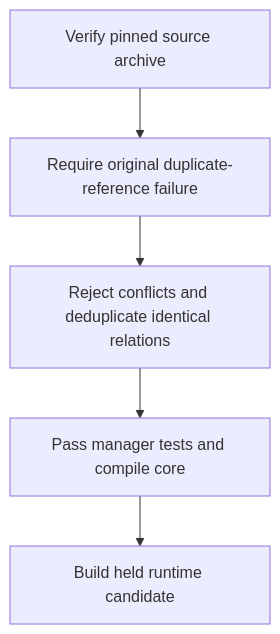
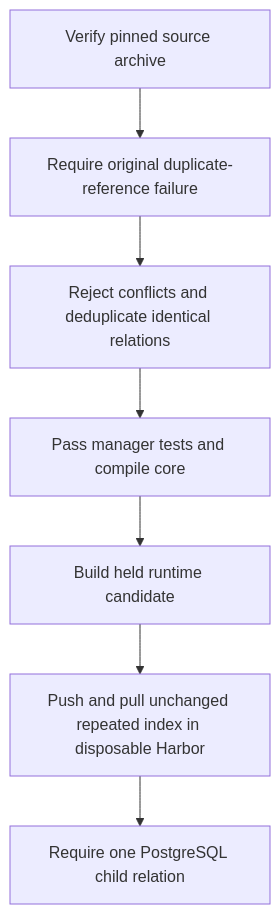
The diagram in openwiki/operations/harbor-oci.md (Stuhlmuller/homelab), drawn with Mermaid before and after one commit. The commit also changed other lines of this file and 9 other files, not shown here.

Commit message:
test(harbor): verify repeated indexes against isolated registry

````diff
--- a/openwiki/operations/harbor-oci.md
+++ b/openwiki/operations/harbor-oci.md
@@ -305,7 +318,9 @@
 ```mermaid
 flowchart TD
     Source["Verify pinned source archive"] --> Baseline["Require original duplicate-reference failure"]
     Baseline --> Repair["Reject conflicts and deduplicate identical relations"]
     Repair --> Compile["Pass manager tests and compile core"]
     Compile --> Candidate["Build held runtime candidate"]
+    Candidate --> Registry["Push and pull unchanged repeated index in disposable Harbor"]
+    Registry --> Database["Require one PostgreSQL child relation"]
 ```
````
